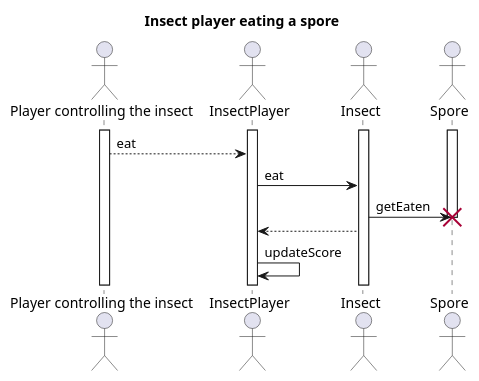
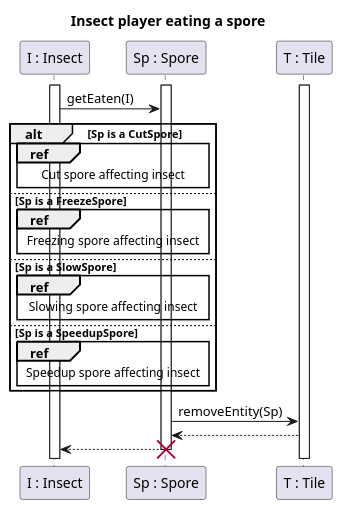
The diagram in diagrams/diagramFiles/SQ_InsectEating.puml (Klastiv/Projlab_nullpointerexception), drawn with PlantUML before and after one commit. The commit also changed 5 other files, not shown here.

```diff
--- a/diagrams/diagramFiles/SQ_InsectEating.puml
+++ b/diagrams/diagramFiles/SQ_InsectEating.puml
@@ -1,27 +1,30 @@
 @startuml Insect eating
 
 title Insect player eating a spore
 
-actor "Player controlling the insect" as P
-actor "InsectPlayer" as Ip
-actor "Insect" as I
-actor "Spore" as Sp
+participant "I : Insect" as I
+participant "Sp : Spore" as Sp
+participant "T : Tile" as T
 
-activate Ip
-activate P
 activate I
+activate T
 activate Sp
 
-P --> Ip : eat
-
-Ip -> I : eat
-I -> Sp : getEaten
+I -> Sp : getEaten(I)
+alt Sp is a CutSpore 
+ref over I, Sp : Cut spore affecting insect
+else Sp is a FreezeSpore
+ref over I, Sp : Freezing spore affecting insect
+else Sp is a SlowSpore
+ref over I, Sp : Slowing spore affecting insect
+else Sp is a SpeedupSpore
+ref over I, Sp : Speedup spore affecting insect
+end
+Sp -> T : removeEntity(Sp)
+T --> Sp
+Sp --> I
 
 destroy Sp
 
-' kérdéses...
-I --> Ip
-Ip -> Ip : updateScore
-
 
 @enduml
```
